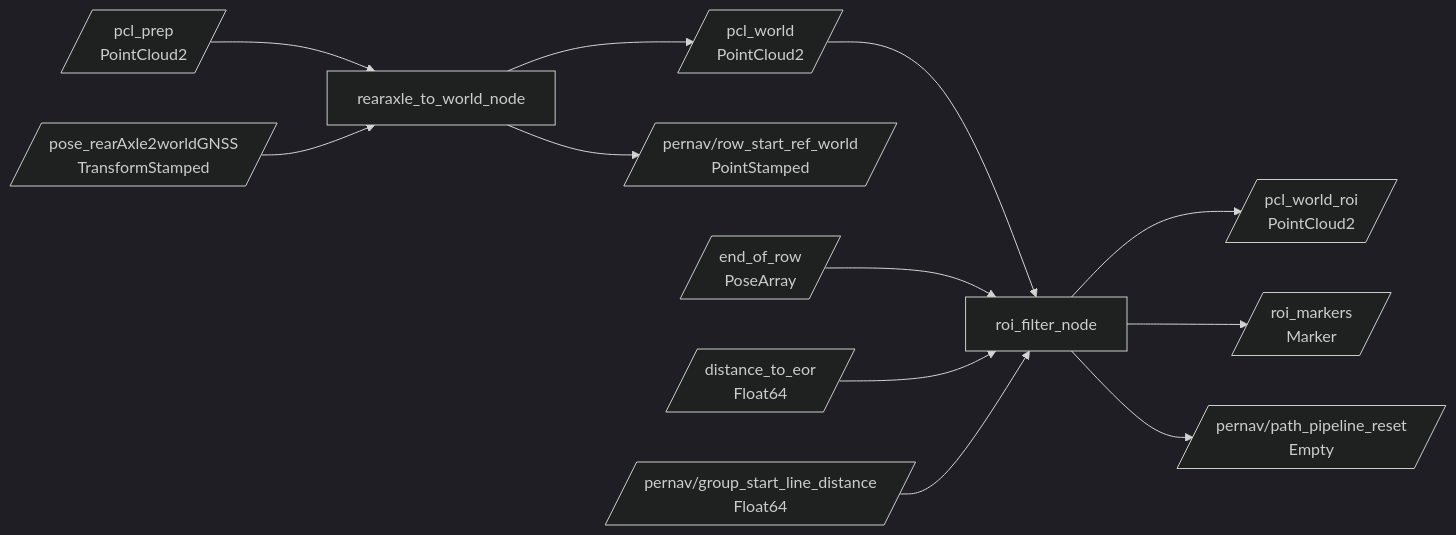
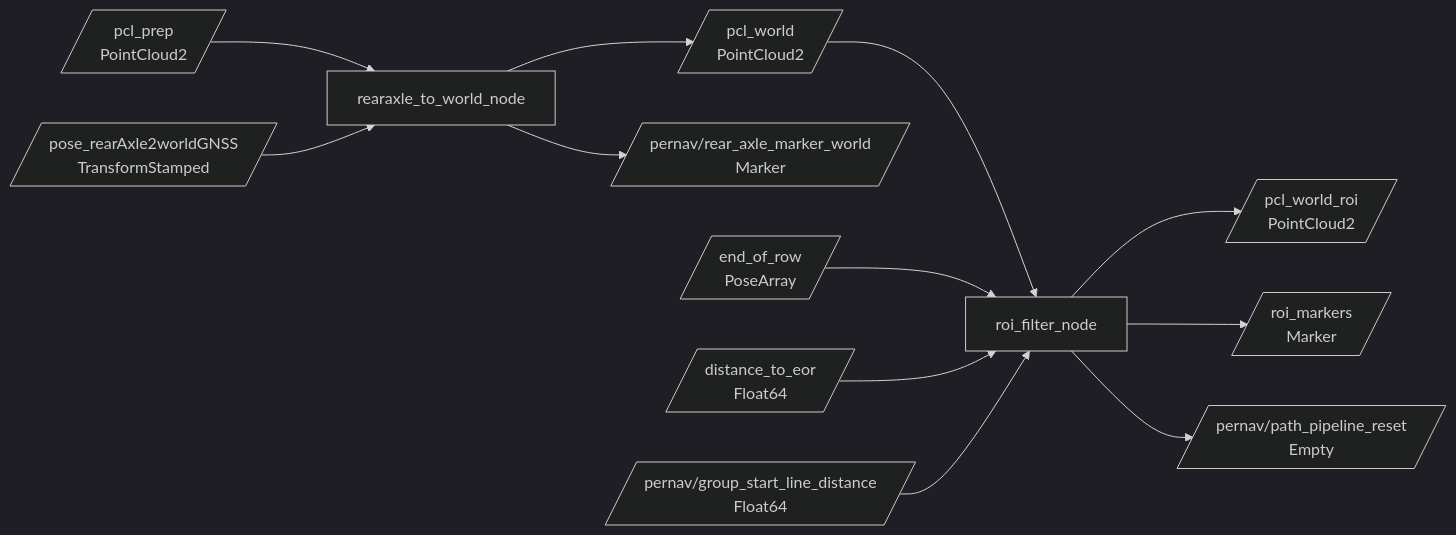
Before and after one commit to burakFM/pernav_path_detection: the diagram in pernav_world_transform/README.md, drawn with Mermaid (dark theme). The commit also changed other lines of this file and 6 other files, not shown here.

Commit message:
Use rear axle as path distance reference

````diff
--- a/pernav_world_transform/README.md
+++ b/pernav_world_transform/README.md
@@ -7,14 +7,14 @@
 ```mermaid
 flowchart LR
     A[/pcl_prep<br/>PointCloud2/] --> T[rearaxle_to_world_node]
     B[/pose_rearAxle2worldGNSS<br/>TransformStamped/] --> T
     T --> C[/pcl_world<br/>PointCloud2/]
-    T --> R[/pernav/row_start_ref_world<br/>PointStamped/]
+    T --> R[/pernav/rear_axle_marker_world<br/>Marker/]
     C --> F[roi_filter_node]
     D[/end_of_row<br/>PoseArray/] --> F
     E[/distance_to_eor<br/>Float64/] --> F
     I[/pernav/group_start_line_distance<br/>Float64/] --> F
     F --> G[/pcl_world_roi<br/>PointCloud2/]
     F --> H[/roi_markers<br/>Marker/]
     F --> J[/pernav/path_pipeline_reset<br/>Empty/]
 ```
````
